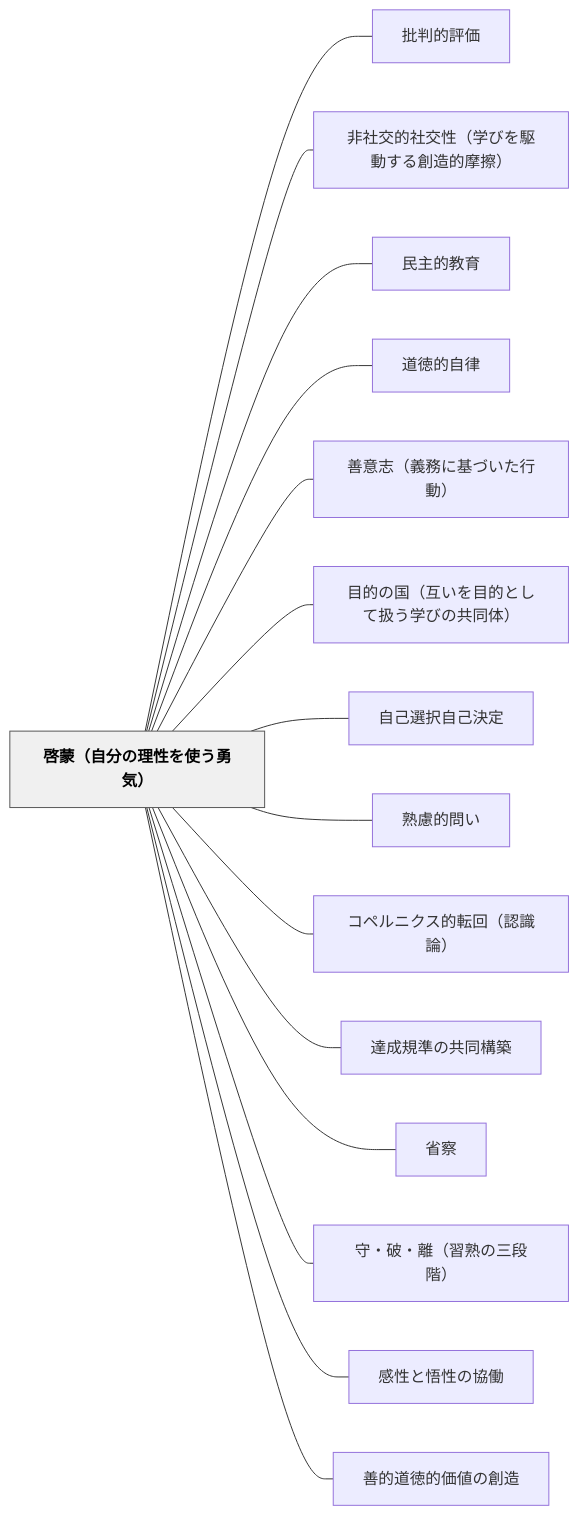
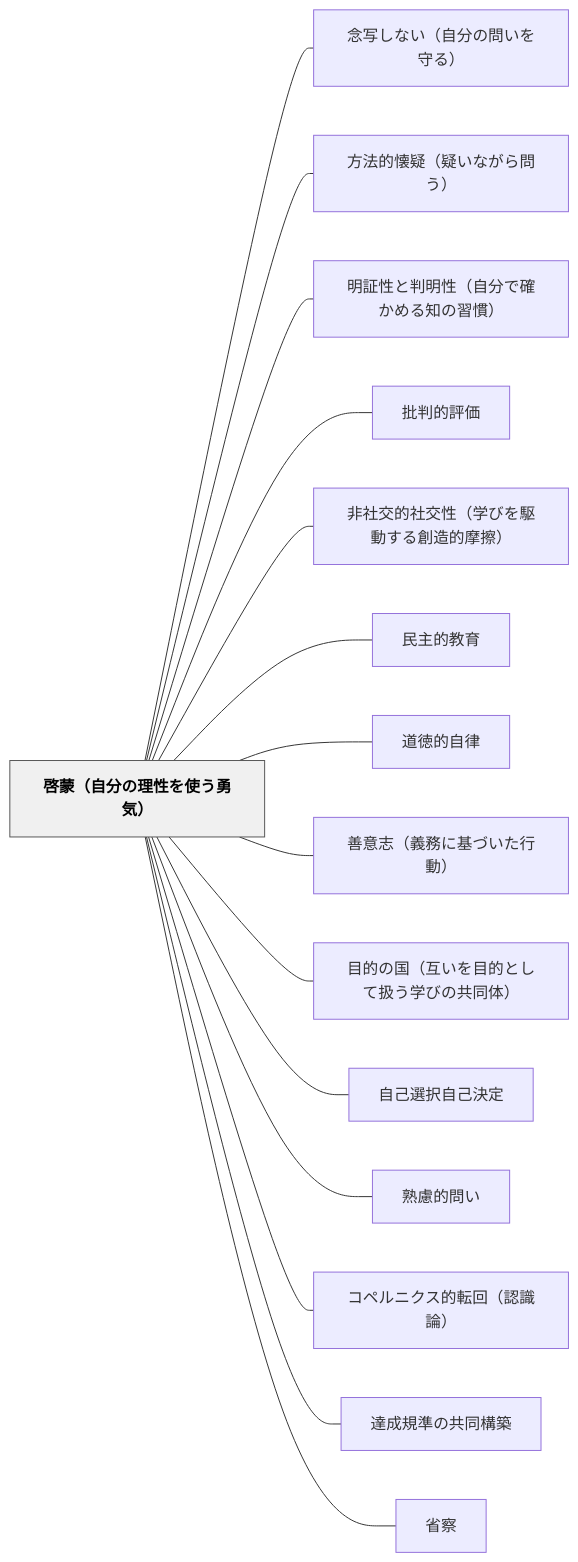
Before and after one commit to unknownthings-ed-patterns/unknownthings-ed-patterns: the diagram in content/パタン/啓蒙（自分の理性を使う勇気）.md, drawn with Mermaid. The commit also changed other lines of this file and 185 other files, not shown here.

````diff
--- a/content/パタン/啓蒙（自分の理性を使う勇気）.md
+++ b/content/パタン/啓蒙（自分の理性を使う勇気）.md
@@ -125,36 +128,36 @@
 ```mermaid
 flowchart LR
     ne59593e89299efbc88e887aae58886e381aee79086e680a7e38292e4bdbfe38186e58b87e6b097efbc89["啓蒙（自分の理性を使う勇気）"]
+    ne5bfb5e58699e38197e381aae38184efbc88e887aae58886e381aee5958fe38184e38292e5ae88e3828befbc89["念写しない（自分の問いを守る）"]
+    ne696b9e6b395e79a84e68790e79691efbc88e79691e38184e381aae3818ce38289e5958fe38186efbc89["方法的懐疑（疑いながら問う）"]
+    ne6988ee8a8bce680a7e381a8e588a4e6988ee680a7efbc88e887aae58886e381a7e7a2bae3818be38281e3828be79fa5e381aee7bf92e685a3efbc89["明証性と判明性（自分で確かめる知の習慣）"]
     ne689b9e588a4e79a84e8a995e4bea1["批判的評価"]
     ne99d9ee7a4bee4baa4e79a84e7a4bee4baa4e680a7efbc88e5ada6e381b3e38292e9a786e58b95e38199e3828be589b5e980a0e79a84e691a9e693a6efbc89["非社交的社交性（学びを駆動する創造的摩擦）"]
     ne6b091e4b8bbe79a84e69599e882b2["民主的教育"]
     ne98193e5beb3e79a84e887aae5be8b["道徳的自律"]
     ne59684e6848fe5bf97efbc88e7bea9e58b99e381abe59fbae381a5e38184e3819fe8a18ce58b95efbc89["善意志（義務に基づいた行動）"]
     ne79baee79a84e381aee59bbdefbc88e4ba92e38184e38292e79baee79a84e381a8e38197e381a6e689b1e38186e5ada6e381b3e381aee585b1e5908ce4bd93efbc89["目的の国（互いを目的として扱う学びの共同体）"]
     ne887aae5b7b1e981b8e68a9ee887aae5b7b1e6b1bae5ae9a["自己選択自己決定"]
     ne7869fe685aee79a84e5958fe38184["熟慮的問い"]
     ne382b3e3839ae383abe3838be382afe382b9e79a84e8bba2e59b9eefbc88e8aa8de8ad98e8ab96efbc89["コペルニクス的転回（認識論）"]
     ne98194e68890e8a68fe6ba96e381aee585b1e5908ce6a78be7af89["達成規準の共同構築"]
     ne79c81e5af9f["省察"]
-    ne5ae88e383bbe7a0b4e383bbe99ba2efbc88e7bf92e7869fe381aee4b889e6aeb5e99a8eefbc89["守・破・離（習熟の三段階）"]
-    ne6849fe680a7e381a8e6829fe680a7e381aee58d94e5838d["感性と悟性の協働"]
-    ne59684e79a84e98193e5beb3e79a84e4bea1e580a4e381aee589b5e980a0["善的道徳的価値の創造"]
 
+    ne59593e89299efbc88e887aae58886e381aee79086e680a7e38292e4bdbfe38186e58b87e6b097efbc89 --- ne5bfb5e58699e38197e381aae38184efbc88e887aae58886e381aee5958fe38184e38292e5ae88e3828befbc89
+    ne59593e89299efbc88e887aae58886e381aee79086e680a7e38292e4bdbfe38186e58b87e6b097efbc89 --- ne696b9e6b395e79a84e68790e79691efbc88e79691e38184e381aae3818ce38289e5958fe38186efbc89
+    ne59593e89299efbc88e887aae58886e381aee79086e680a7e38292e4bdbfe38186e58b87e6b097efbc89 --- ne6988ee8a8bce680a7e381a8e588a4e6988ee680a7efbc88e887aae58886e381a7e7a2bae3818be38281e3828be79fa5e381aee7bf92e685a3efbc89
     ne59593e89299efbc88e887aae58886e381aee79086e680a7e38292e4bdbfe38186e58b87e6b097efbc89 --- ne689b9e588a4e79a84e8a995e4bea1
     ne59593e89299efbc88e887aae58886e381aee79086e680a7e38292e4bdbfe38186e58b87e6b097efbc89 --- ne99d9ee7a4bee4baa4e79a84e7a4bee4baa4e680a7efbc88e5ada6e381b3e38292e9a786e58b95e38199e3828be589b5e980a0e79a84e691a9e693a6efbc89
     ne59593e89299efbc88e887aae58886e381aee79086e680a7e38292e4bdbfe38186e58b87e6b097efbc89 --- ne6b091e4b8bbe79a84e69599e882b2
     ne59593e89299efbc88e887aae58886e381aee79086e680a7e38292e4bdbfe38186e58b87e6b097efbc89 --- ne98193e5beb3e79a84e887aae5be8b
     ne59593e89299efbc88e887aae58886e381aee79086e680a7e38292e4bdbfe38186e58b87e6b097efbc89 --- ne59684e6848fe5bf97efbc88e7bea9e58b99e381abe59fbae381a5e38184e3819fe8a18ce58b95efbc89
     ne59593e89299efbc88e887aae58886e381aee79086e680a7e38292e4bdbfe38186e58b87e6b097efbc89 --- ne79baee79a84e381aee59bbdefbc88e4ba92e38184e38292e79baee79a84e381a8e38197e381a6e689b1e38186e5ada6e381b3e381aee585b1e5908ce4bd93efbc89
     ne59593e89299efbc88e887aae58886e381aee79086e680a7e38292e4bdbfe38186e58b87e6b097efbc89 --- ne887aae5b7b1e981b8e68a9ee887aae5b7b1e6b1bae5ae9a
     ne59593e89299efbc88e887aae58886e381aee79086e680a7e38292e4bdbfe38186e58b87e6b097efbc89 --- ne7869fe685aee79a84e5958fe38184
     ne59593e89299efbc88e887aae58886e381aee79086e680a7e38292e4bdbfe38186e58b87e6b097efbc89 --- ne382b3e3839ae383abe3838be382afe382b9e79a84e8bba2e59b9eefbc88e8aa8de8ad98e8ab96efbc89
     ne59593e89299efbc88e887aae58886e381aee79086e680a7e38292e4bdbfe38186e58b87e6b097efbc89 --- ne98194e68890e8a68fe6ba96e381aee585b1e5908ce6a78be7af89
     ne59593e89299efbc88e887aae58886e381aee79086e680a7e38292e4bdbfe38186e58b87e6b097efbc89 --- ne79c81e5af9f
-    ne59593e89299efbc88e887aae58886e381aee79086e680a7e38292e4bdbfe38186e58b87e6b097efbc89 --- ne5ae88e383bbe7a0b4e383bbe99ba2efbc88e7bf92e7869fe381aee4b889e6aeb5e99a8eefbc89
-    ne59593e89299efbc88e887aae58886e381aee79086e680a7e38292e4bdbfe38186e58b87e6b097efbc89 --- ne6849fe680a7e381a8e6829fe680a7e381aee58d94e5838d
-    ne59593e89299efbc88e887aae58886e381aee79086e680a7e38292e4bdbfe38186e58b87e6b097efbc89 --- ne59684e79a84e98193e5beb3e79a84e4bea1e580a4e381aee589b5e980a0
 
     classDef hub fill:#f0f0f0,stroke:#555,color:#000,font-weight:bold
     class ne59593e89299efbc88e887aae58886e381aee79086e680a7e38292e4bdbfe38186e58b87e6b097efbc89 hub
 ```
````
